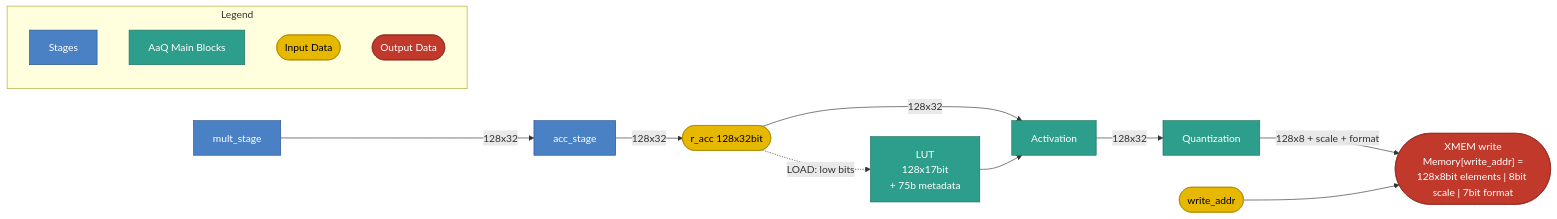
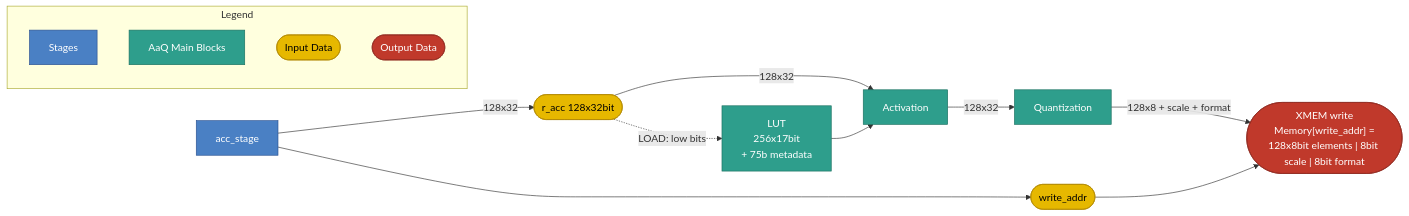
One commit to rechefe/ipu-emulator changed the diagram in docs/content/specs/stage-aaq-str.md. Above: the diagram before and after it, drawn with Mermaid. The commit also changed other lines of this file, not shown here.

Commit message:
fix: clarify AaQ stage documentation and correct format field details

````diff
--- a/docs/content/specs/stage-aaq-str.md
+++ b/docs/content/specs/stage-aaq-str.md
@@ -19,32 +19,31 @@
 ```mermaid
 flowchart LR
-    mult_stage:::blue
     acc_stage:::blue
     ACC(["r_acc 128x32bit"]):::yellow
     WADDR(["write_addr"]):::yellow
-    XMEM(["XMEM write<br>Memory[write_addr] =<br>128x8bit elements | 8bit scale | 7bit format"]):::red
-    LUT["LUT<br>128x17bit<br>+ 75b metadata"]:::teal
+    XMEM(["XMEM write<br>Memory[write_addr] =<br>128x8bit elements | 8bit scale | 8bit format"]):::red
+    LUT["LUT<br>256x17bit<br>+ 75b metadata"]:::teal
     ACT["Activation"]:::teal
     QUANT["Quantization"]:::teal
 
     ACC -->|128x32| ACT
     ACC -.->|LOAD: low bits| LUT
     LUT --> ACT
     ACT -->|128x32| QUANT
     QUANT -->|128x8 + scale + format| XMEM
     WADDR --> XMEM
-    mult_stage --> |128x32| acc_stage
     acc_stage --> |128x32| ACC
+    acc_stage --> WADDR
 
     subgraph LEGEND["Legend"]
         L_blue["Stages"]:::blue
         L_teal["AaQ Main Blocks"]:::teal
         L_yellow(["Input Data"]):::yellow
         L_red(["Output Data"]):::red
     end
 
     classDef blue fill:#4a80c4,stroke:#2a5090,color:#fff
     classDef teal fill:#2e9e8c,stroke:#1a7060,color:#fff
     classDef yellow fill:#e6b800,stroke:#b38a00,color:#000
     classDef red fill:#c0392b,stroke:#922b21,color:#fff
 ```
````
